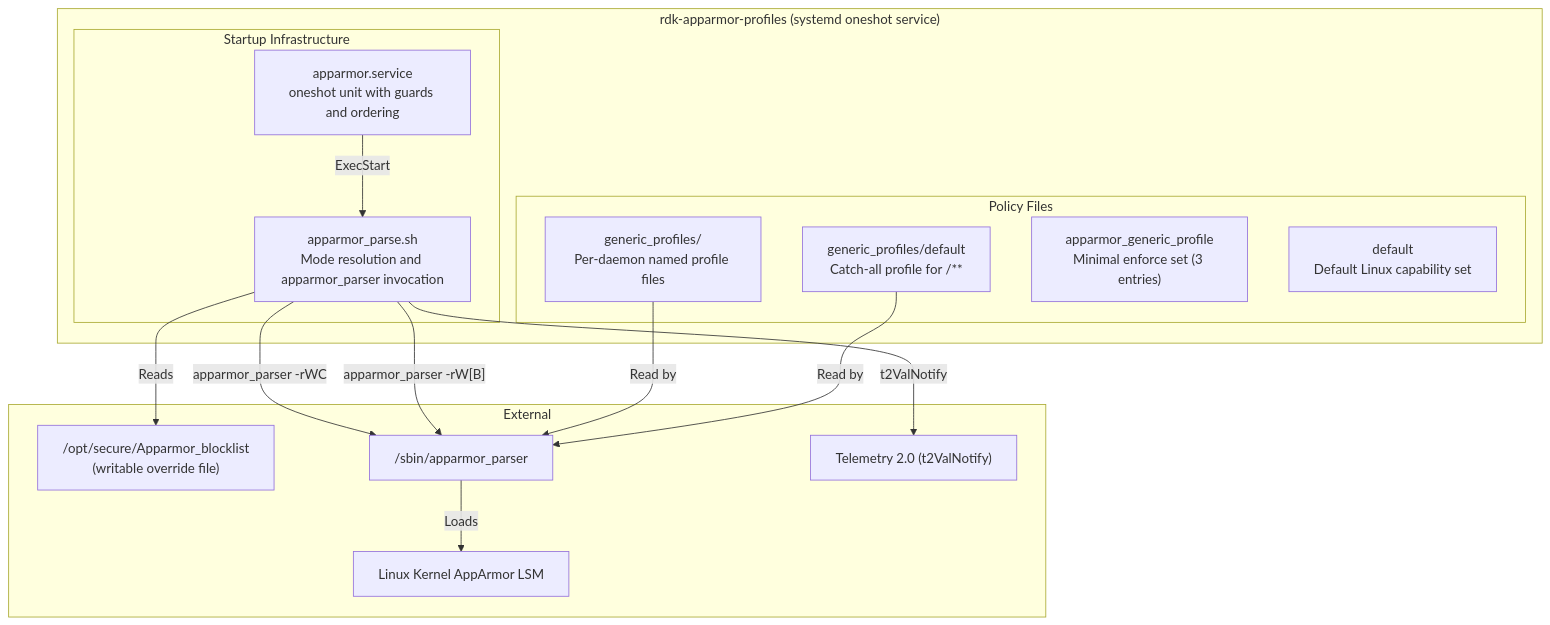
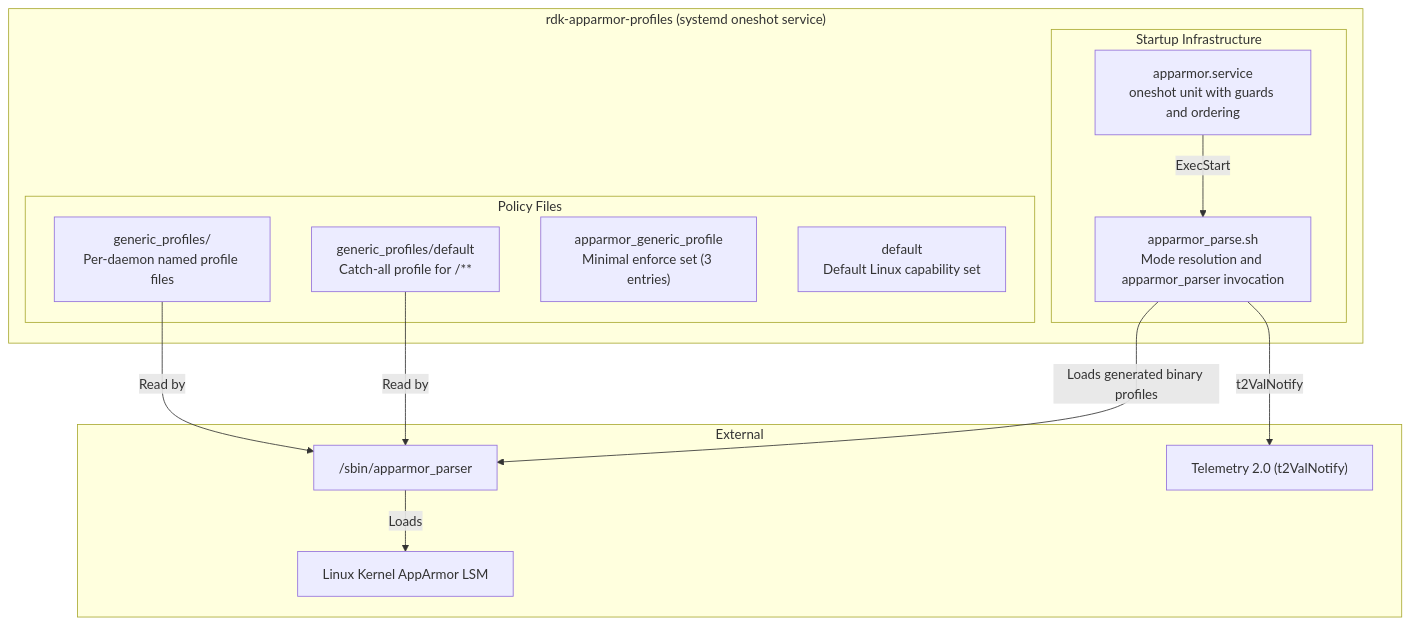
Before and after one commit to rdkcentral/rdk-apparmor-profiles: the second of 8 diagrams in README.md, drawn with Mermaid. The commit also changed other lines of this file, not shown here.

````diff
--- a/README.md
+++ b/README.md
@@ -57,33 +57,30 @@
 ```mermaid
 graph TD
     subgraph AppArmorComponent ["rdk-apparmor-profiles (systemd oneshot service)"]
         subgraph StartupInfra ["Startup Infrastructure"]
             SVC["apparmor.service\noneshot unit with guards and ordering"]
             SH["apparmor_parse.sh\nMode resolution and apparmor_parser invocation"]
         end
 
         subgraph PolicyFiles ["Policy Files"]
             GENERIC["generic_profiles/\nPer-daemon named profile files"]
             CATCHALL["generic_profiles/default\nCatch-all profile for /**"]
             GENPROF["apparmor_generic_profile\nMinimal enforce set (3 entries)"]
             DEFCAP["default\nDefault Linux capability set"]
         end
 
     end
 
     subgraph External ["External"]
-        BLOCKLIST["/opt/secure/Apparmor_blocklist\n(writable override file)"]
         PARSER["/sbin/apparmor_parser"]
         KERNEL["Linux Kernel AppArmor LSM"]
         T2["Telemetry 2.0 (t2ValNotify)"]
     end
 
     SVC -->|ExecStart| SH
-    SH -->|Reads| BLOCKLIST
-    SH -->|"apparmor_parser -rWC"| PARSER
-    SH -->|"apparmor_parser -rW[B]"| PARSER
+    SH -->|"Loads generated binary profiles"| PARSER
     PARSER -->|Loads| KERNEL
     GENERIC -->|Read by| PARSER
     CATCHALL -->|Read by| PARSER
     SH -->|t2ValNotify| T2
 ```
````
